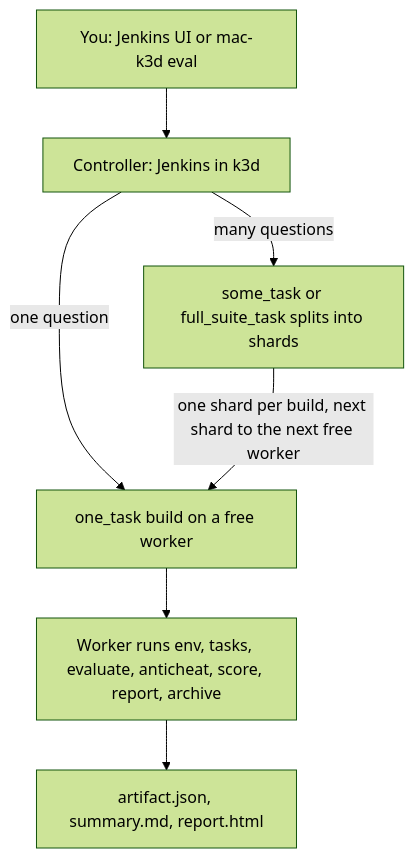
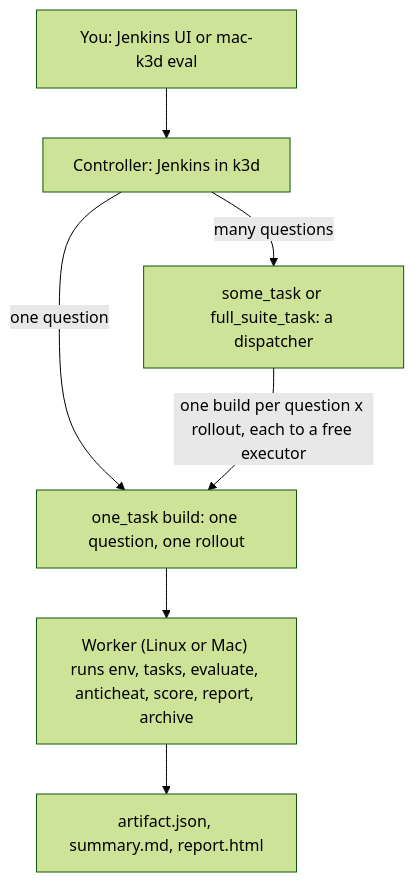
The diagram in README.md (MichaelLing83/mac-k3d), drawn with Mermaid (forest theme) before and after one commit. The commit also changed other lines of this file and 52 other files, not shown here.

````diff
--- a/README.md
+++ b/README.md
@@ -7,14 +7,14 @@
 ```mermaid
 flowchart TD
   person["You: Jenkins UI or mac-k3d eval"]
   controller["Controller: Jenkins in k3d"]
-  one["one_task build on a free worker"]
-  many["some_task or full_suite_task splits into shards"]
-  worker["Worker runs env, tasks, evaluate, anticheat, score, report, archive"]
+  one["one_task build: one question, one rollout"]
+  many["some_task or full_suite_task: a dispatcher"]
+  worker["Worker (Linux or Mac) runs env, tasks, evaluate, anticheat, score, report, archive"]
   report["artifact.json, summary.md, report.html"]
   person --> controller
   controller -->|"one question"| one
   controller -->|"many questions"| many
-  many -->|"one shard per build, next shard to the next free worker"| one
+  many -->|"one build per question x rollout, each to a free executor"| one
   one --> worker --> report
 ```
````
